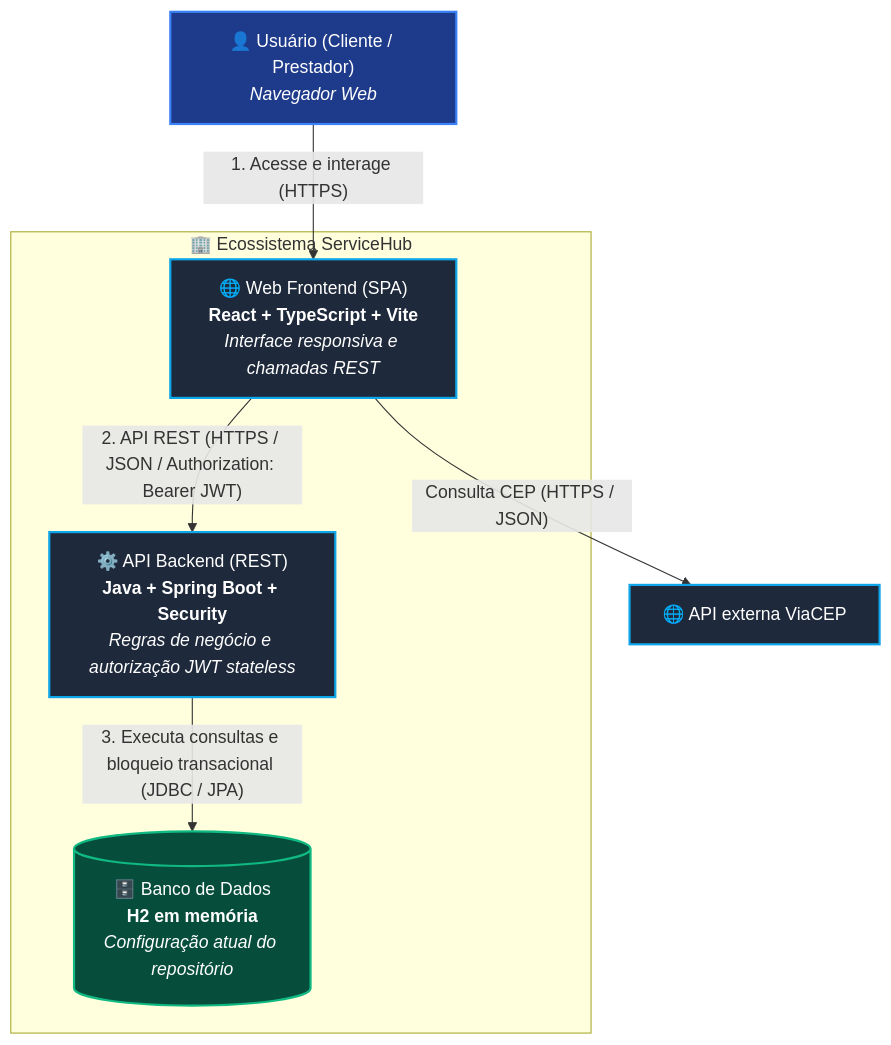
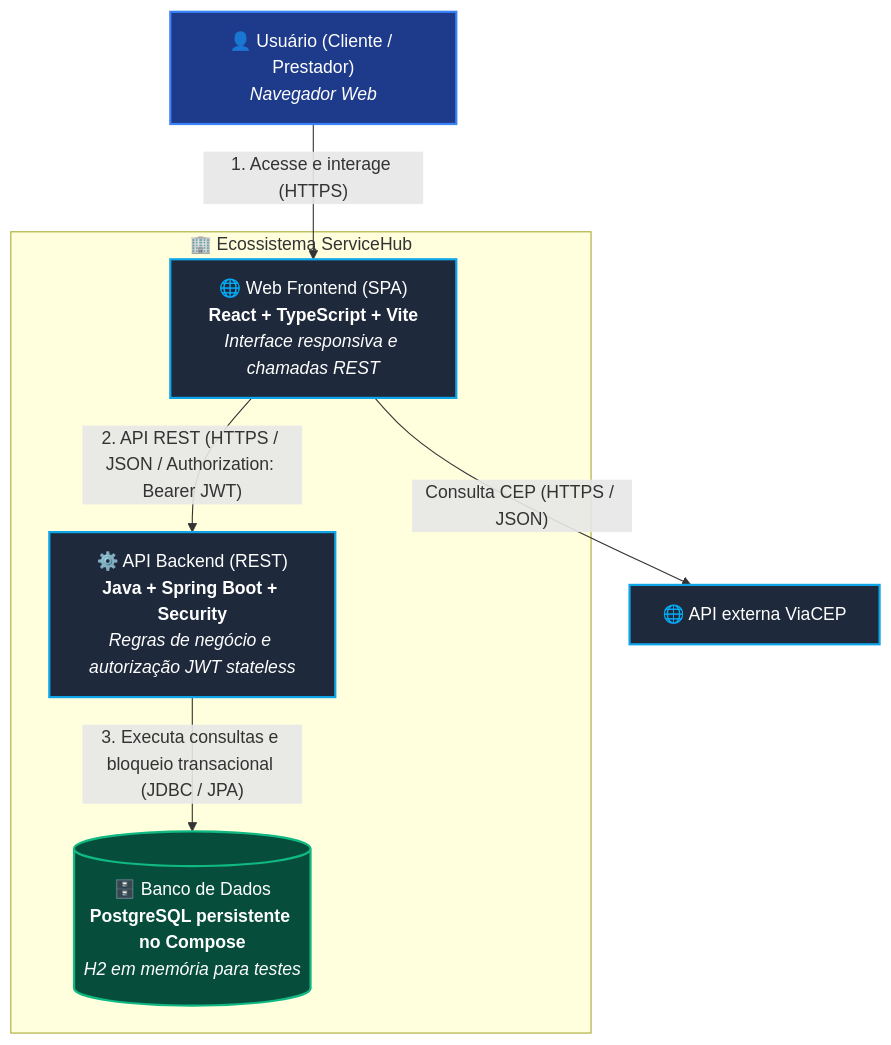
The second of 2 diagrams in docs/ARQUITETURA.md (IFSC-ES2/es2-2026_2-equipe-1), drawn with Mermaid before and after one commit. The commit also changed other lines of this file and 22 other files, not shown here.

````diff
--- a/docs/ARQUITETURA.md
+++ b/docs/ARQUITETURA.md
@@ -46,20 +46,20 @@
 ```mermaid
     graph TB
     classDef person fill:#1e3a8a,stroke:#3b82f6,stroke-width:2px,color:#ffffff;
     classDef container fill:#1e293b,stroke:#0ea5e9,stroke-width:2px,color:#ffffff;
     classDef db fill:#064e3b,stroke:#10b981,stroke-width:2px,color:#ffffff;
 
     Usuario["👤 Usuário (Cliente / Prestador)<br/><i>Navegador Web</i>"]:::person
 
     subgraph Ecossistema[" 🏢 Ecossistema ServiceHub "]
         Frontend["🌐 Web Frontend (SPA)<br/><b>React + TypeScript + Vite</b><br/><i>Interface responsiva e chamadas REST</i>"]:::container
         Backend["⚙️ API Backend (REST)<br/><b>Java + Spring Boot + Security</b><br/><i>Regras de negócio e autorização JWT stateless</i>"]:::container
-        Database[("🗄️ Banco de Dados<br/><b>H2 em memória</b><br/><i>Configuração atual do repositório</i>")]:::db
+        Database[("🗄️ Banco de Dados<br/><b>PostgreSQL persistente no Compose</b><br/><i>H2 em memória para testes</i>")]:::db
     end
 
     Usuario -->|"1. Acesse e interage (HTTPS)"| Frontend
     Frontend -->|"2. API REST (HTTPS / JSON / Authorization: Bearer JWT)"| Backend
     Backend -->|"3. Executa consultas e bloqueio transacional (JDBC / JPA)"| Database
     ViaCEP["🌐 API externa ViaCEP"]:::container
     Frontend -->|"Consulta CEP (HTTPS / JSON)"| ViaCEP
 ```
````
